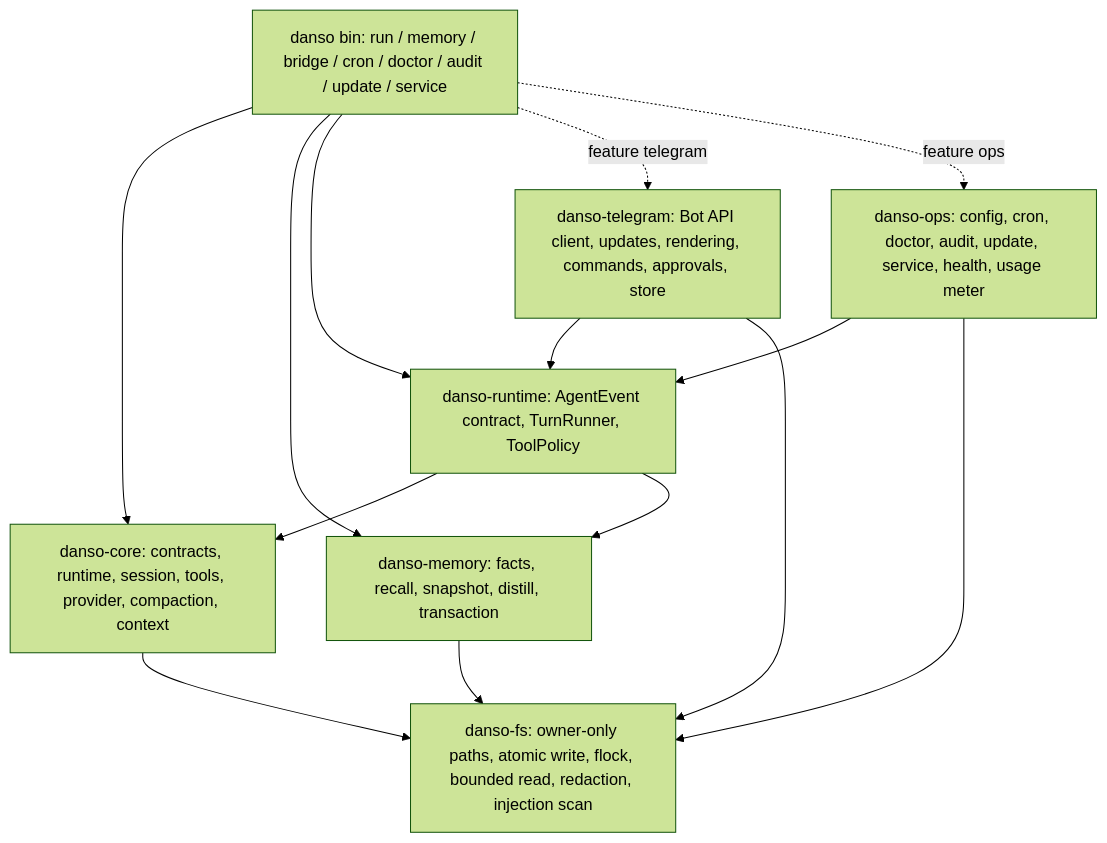
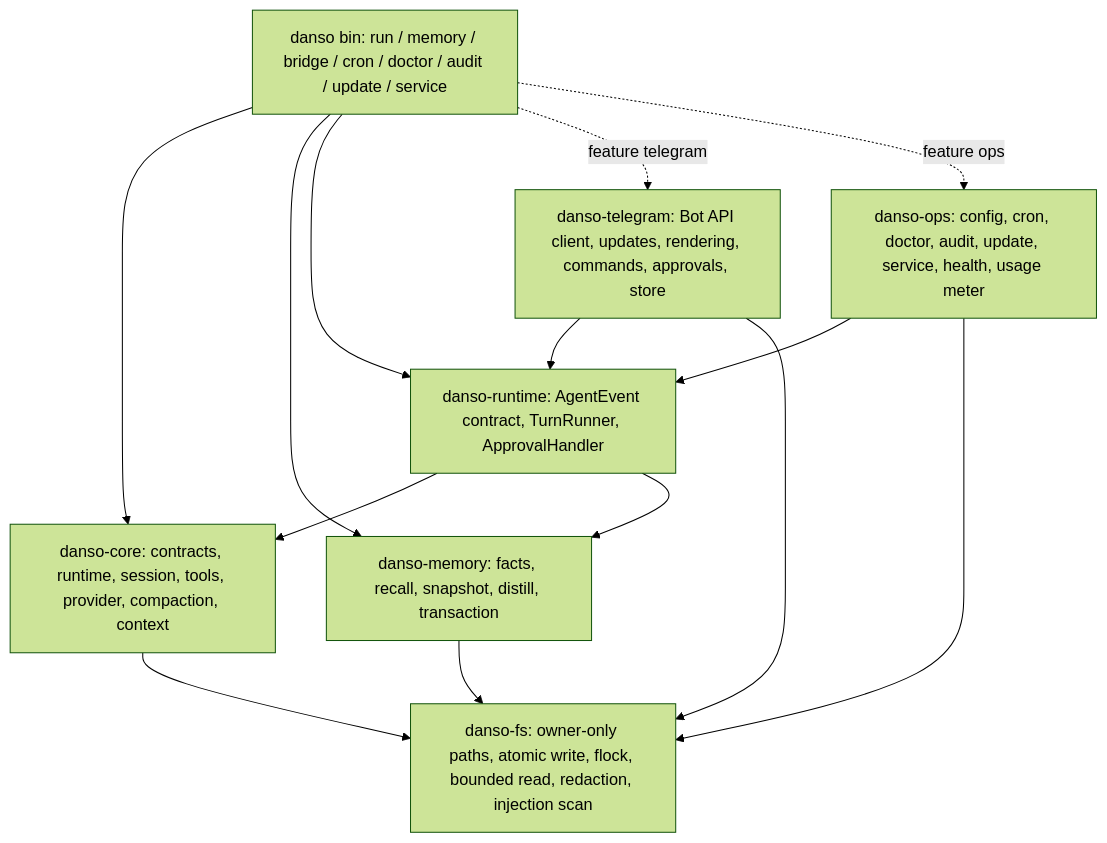
One commit to jinwon-int/danso changed the diagram in docs/unified-design.md. Above: the diagram before and after it, drawn with Mermaid (forest theme). The commit also changed other lines of this file and 19 other files, not shown here.

First line of the commit message:
feat(runtime): stage A of the unified design — workspace, event contract, in-process runner, config check

````diff
--- a/docs/unified-design.md
+++ b/docs/unified-design.md
@@ -76,17 +76,17 @@
 ```mermaid
 flowchart TD
     Bin[danso bin: run / memory / bridge / cron / doctor / audit / update / service]
     Bin --> Core[danso-core: contracts, runtime, session, tools, provider, compaction, context]
     Bin --> Mem[danso-memory: facts, recall, snapshot, distill, transaction]
-    Bin --> Rt[danso-runtime: AgentEvent contract, TurnRunner, ToolPolicy]
+    Bin --> Rt[danso-runtime: AgentEvent contract, TurnRunner, ApprovalHandler]
     Bin -. feature telegram .-> Tg[danso-telegram: Bot API client, updates, rendering, commands, approvals, store]
     Bin -. feature ops .-> Ops[danso-ops: config, cron, doctor, audit, update, service, health, usage meter]
     Rt --> Core
     Rt --> Mem
     Tg --> Rt
     Ops --> Rt
     Core --> Fs[danso-fs: owner-only paths, atomic write, flock, bounded read, redaction, injection scan]
     Mem --> Fs
     Tg --> Fs
     Ops --> Fs
 ```
````
